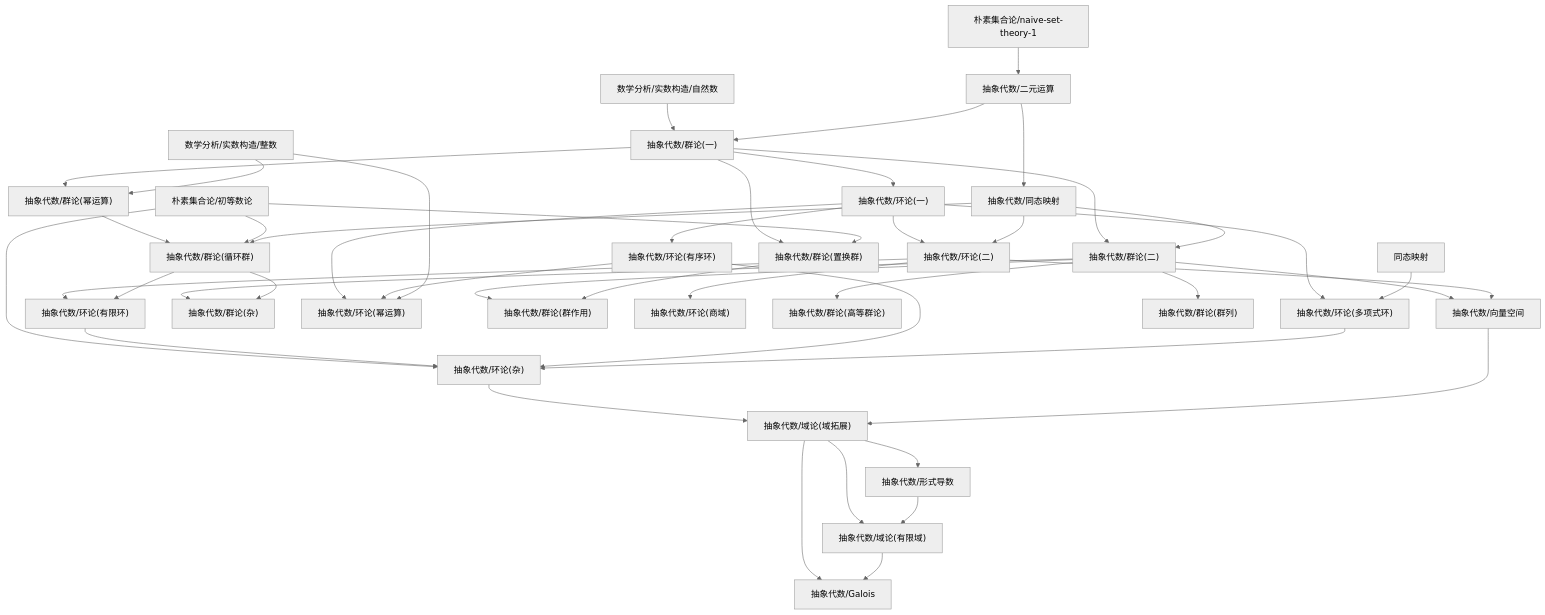
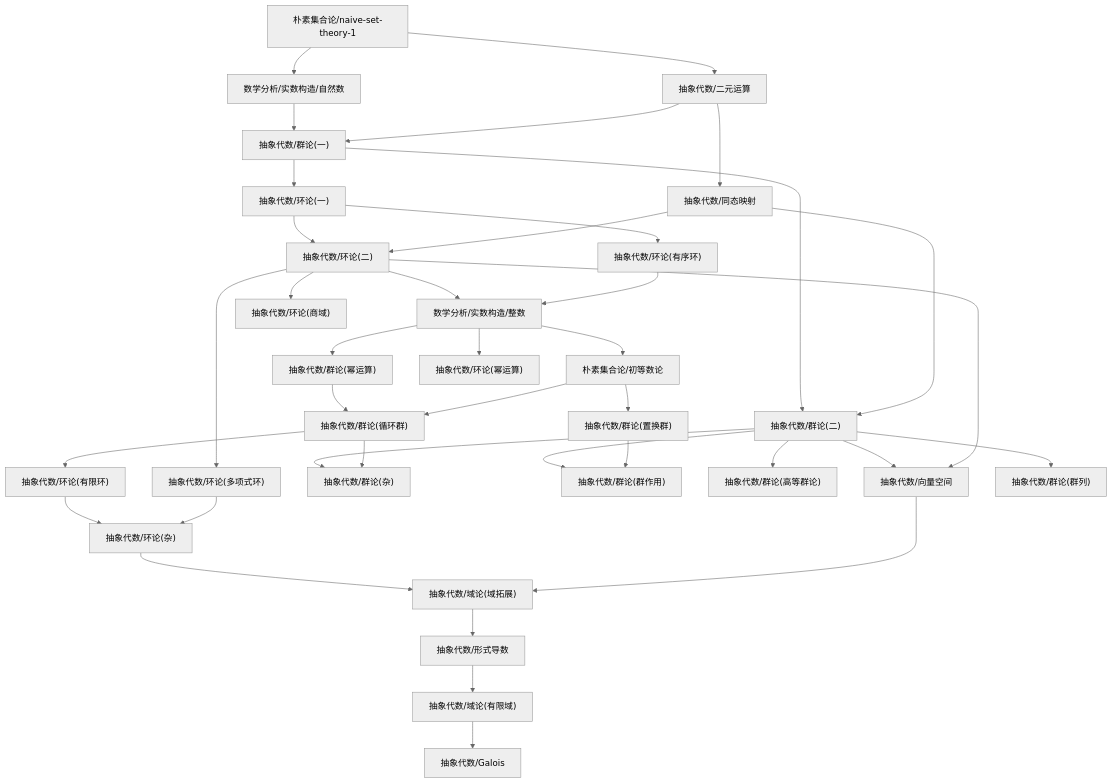
Before and after one commit to zeroDtree/zeroDtree.github.io: the diagram in content/抽象代数/dependency_graph.md, drawn with Mermaid (neutral theme). The commit also changed 86 other files, not shown here.

````diff
--- a/content/抽象代数/dependency_graph.md
+++ b/content/抽象代数/dependency_graph.md
@@ -1,47 +1,40 @@
 ```mermaid
 graph TD
-1["抽象代数/环论(二)"] --> 0["抽象代数/环论(有限环)"]
-2["抽象代数/群论(循环群)"] --> 0["抽象代数/环论(有限环)"]
-3["抽象代数/环论(一)"] --> 1["抽象代数/环论(二)"]
-4["抽象代数/同态映射"] --> 1["抽象代数/环论(二)"]
-6["朴素集合论/初等数论"] --> 5["抽象代数/环论(杂)"]
+1["抽象代数/群论(循环群)"] --> 0["抽象代数/环论(有限环)"]
+3["抽象代数/环论(一)"] --> 2["抽象代数/环论(二)"]
+4["抽象代数/同态映射"] --> 2["抽象代数/环论(二)"]
 0["抽象代数/环论(有限环)"] --> 5["抽象代数/环论(杂)"]
-7["抽象代数/环论(有序环)"] --> 5["抽象代数/环论(杂)"]
-8["抽象代数/环论(多项式环)"] --> 5["抽象代数/环论(杂)"]
-10["朴素集合论/naive-set-theory-1"] --> 9["抽象代数/二元运算"]
-12["抽象代数/群论(二)"] --> 11["抽象代数/群论(杂)"]
-2["抽象代数/群论(循环群)"] --> 11["抽象代数/群论(杂)"]
-14["抽象代数/域论(域拓展)"] --> 13["抽象代数/形式导数"]
-15["抽象代数/群论(一)"] --> 12["抽象代数/群论(二)"]
-4["抽象代数/同态映射"] --> 12["抽象代数/群论(二)"]
-16["抽象代数/群论(幂运算)"] --> 2["抽象代数/群论(循环群)"]
-6["朴素集合论/初等数论"] --> 2["抽象代数/群论(循环群)"]
-4["抽象代数/同态映射"] --> 2["抽象代数/群论(循环群)"]
-3["抽象代数/环论(一)"] --> 17["抽象代数/环论(幂运算)"]
-7["抽象代数/环论(有序环)"] --> 17["抽象代数/环论(幂运算)"]
-18["数学分析/实数构造/整数"] --> 17["抽象代数/环论(幂运算)"]
-12["抽象代数/群论(二)"] --> 19["抽象代数/群论(群作用)"]
-20["抽象代数/群论(置换群)"] --> 19["抽象代数/群论(群作用)"]
-1["抽象代数/环论(二)"] --> 21["抽象代数/环论(商域)"]
-15["抽象代数/群论(一)"] --> 3["抽象代数/环论(一)"]
-12["抽象代数/群论(二)"] --> 22["抽象代数/群论(高等群论)"]
-14["抽象代数/域论(域拓展)"] --> 23["抽象代数/Galois"]
-24["抽象代数/域论(有限域)"] --> 23["抽象代数/Galois"]
-25["数学分析/实数构造/自然数"] --> 15["抽象代数/群论(一)"]
-9["抽象代数/二元运算"] --> 15["抽象代数/群论(一)"]
-12["抽象代数/群论(二)"] --> 26["抽象代数/向量空间"]
-1["抽象代数/环论(二)"] --> 26["抽象代数/向量空间"]
-3["抽象代数/环论(一)"] --> 7["抽象代数/环论(有序环)"]
-3["抽象代数/环论(一)"] --> 8["抽象代数/环论(多项式环)"]
-28["同态映射"] --> 8["抽象代数/环论(多项式环)"]
-5["抽象代数/环论(杂)"] --> 14["抽象代数/域论(域拓展)"]
-26["抽象代数/向量空间"] --> 14["抽象代数/域论(域拓展)"]
-14["抽象代数/域论(域拓展)"] --> 24["抽象代数/域论(有限域)"]
-13["抽象代数/形式导数"] --> 24["抽象代数/域论(有限域)"]
-15["抽象代数/群论(一)"] --> 16["抽象代数/群论(幂运算)"]
-18["数学分析/实数构造/整数"] --> 16["抽象代数/群论(幂运算)"]
-12["抽象代数/群论(二)"] --> 29["抽象代数/群论(群列)"]
-9["抽象代数/二元运算"] --> 4["抽象代数/同态映射"]
-15["抽象代数/群论(一)"] --> 20["抽象代数/群论(置换群)"]
-6["朴素集合论/初等数论"] --> 20["抽象代数/群论(置换群)"]
+6["抽象代数/环论(多项式环)"] --> 5["抽象代数/环论(杂)"]
+8["朴素集合论/naive-set-theory-1"] --> 7["抽象代数/二元运算"]
+10["抽象代数/群论(二)"] --> 9["抽象代数/群论(杂)"]
+1["抽象代数/群论(循环群)"] --> 9["抽象代数/群论(杂)"]
+12["抽象代数/域论(域拓展)"] --> 11["抽象代数/形式导数"]
+13["抽象代数/群论(一)"] --> 10["抽象代数/群论(二)"]
+4["抽象代数/同态映射"] --> 10["抽象代数/群论(二)"]
+14["抽象代数/群论(幂运算)"] --> 1["抽象代数/群论(循环群)"]
+15["朴素集合论/初等数论"] --> 1["抽象代数/群论(循环群)"]
+17["数学分析/实数构造/整数"] --> 16["抽象代数/环论(幂运算)"]
+10["抽象代数/群论(二)"] --> 18["抽象代数/群论(群作用)"]
+19["抽象代数/群论(置换群)"] --> 18["抽象代数/群论(群作用)"]
+2["抽象代数/环论(二)"] --> 20["抽象代数/环论(商域)"]
+13["抽象代数/群论(一)"] --> 3["抽象代数/环论(一)"]
+10["抽象代数/群论(二)"] --> 21["抽象代数/群论(高等群论)"]
+23["抽象代数/域论(有限域)"] --> 22["抽象代数/Galois"]
+24["数学分析/实数构造/自然数"] --> 13["抽象代数/群论(一)"]
+7["抽象代数/二元运算"] --> 13["抽象代数/群论(一)"]
+10["抽象代数/群论(二)"] --> 25["抽象代数/向量空间"]
+2["抽象代数/环论(二)"] --> 25["抽象代数/向量空间"]
+3["抽象代数/环论(一)"] --> 27["抽象代数/环论(有序环)"]
+2["抽象代数/环论(二)"] --> 6["抽象代数/环论(多项式环)"]
+5["抽象代数/环论(杂)"] --> 12["抽象代数/域论(域拓展)"]
+25["抽象代数/向量空间"] --> 12["抽象代数/域论(域拓展)"]
+11["抽象代数/形式导数"] --> 23["抽象代数/域论(有限域)"]
+17["数学分析/实数构造/整数"] --> 14["抽象代数/群论(幂运算)"]
+10["抽象代数/群论(二)"] --> 28["抽象代数/群论(群列)"]
+7["抽象代数/二元运算"] --> 4["抽象代数/同态映射"]
+15["朴素集合论/初等数论"] --> 19["抽象代数/群论(置换群)"]
+17["数学分析/实数构造/整数"] --> 15["朴素集合论/初等数论"]
+2["抽象代数/环论(二)"] --> 17["数学分析/实数构造/整数"]
+27["抽象代数/环论(有序环)"] --> 17["数学分析/实数构造/整数"]
+8["朴素集合论/naive-set-theory-1"] --> 24["数学分析/实数构造/自然数"]
 ```
````
